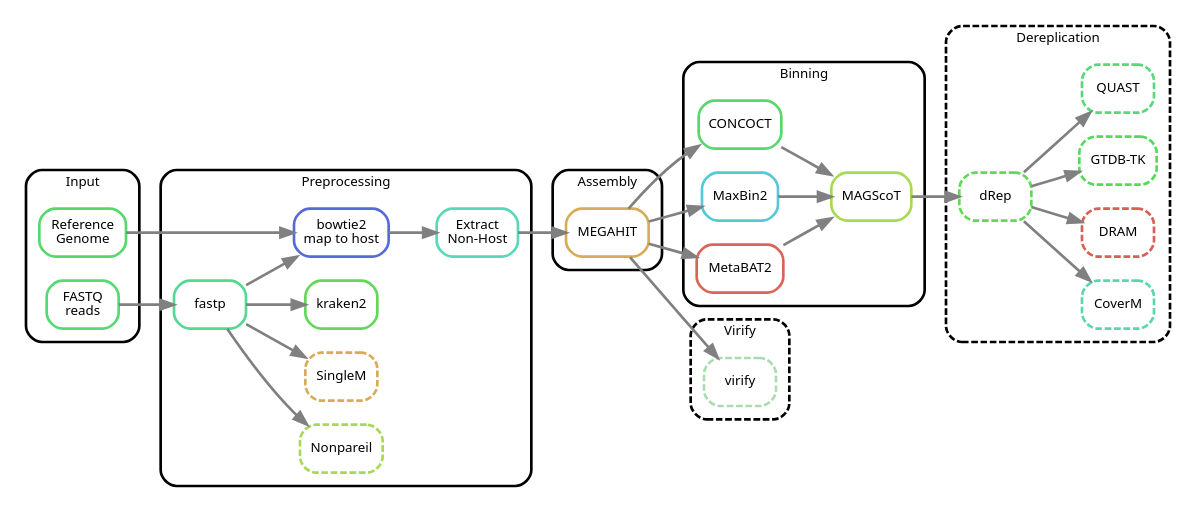
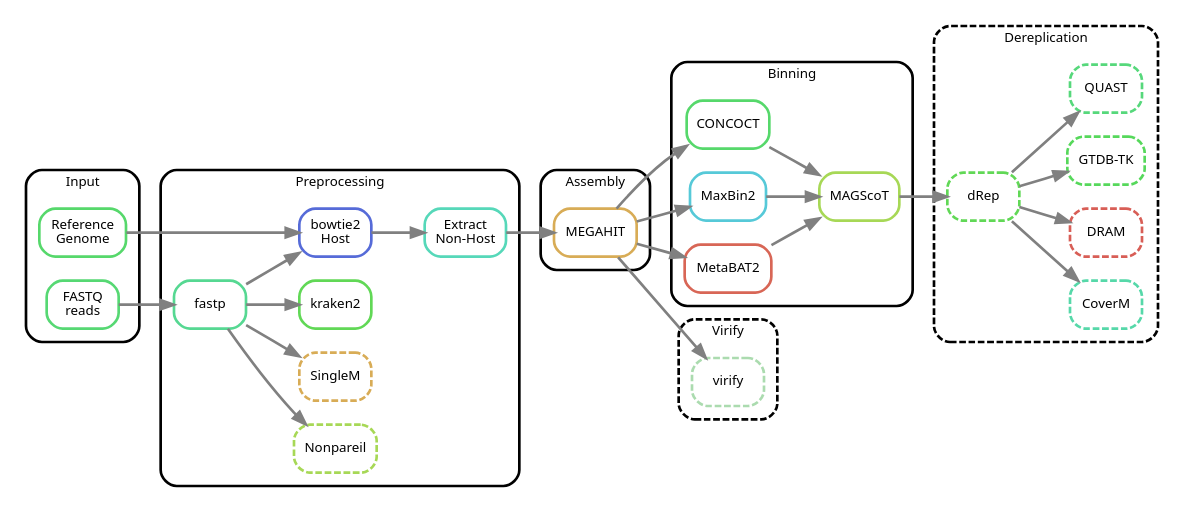
The diagram in rulegraph_simple.dot (3d-omics/mg_assembly), drawn with Graphviz before and after one commit. The commit also changed 1 other file, not shown here.

```diff
--- a/rulegraph_simple.dot
+++ b/rulegraph_simple.dot
@@ -1,84 +1,84 @@
 digraph snakemake_dag {
 	rankdir=LR;
     graph[bgcolor=white, margin=0, compound=true];
     node[shape=box, style=rounded, fontname=sans, fontsize=10, penwidth=2];
     edge[penwidth=2, color=grey];
 
     subgraph cluster_0 {
         label = "Input";
 		shape=box; style=rounded; fontname=sans; fontsize=10; penwidth=2; margin=10;
         reference [label = "Reference\nGenome", color = "0.36 0.6 0.85"];
     	fastq     [label = "FASTQ\nreads",      color = "0.37 0.6 0.85"];
     }
 
 	subgraph cluster_1 {
 		label = "Preprocessing";
 		shape=box; style=rounded; fontname=sans; fontsize=10; penwidth=2; margin=10;
+	    bowtie2   [label = "bowtie2\nHost", color = "0.64 0.6 0.85"];
 		extract   [label = "Extract\nNon-Host",    color = "0.46 0.6 0.85"];
-	    bowtie2   [label = "bowtie2\nmap to host", color = "0.64 0.6 0.85"];
 	    fastp     [label = "fastp",                color = "0.41 0.6 0.85"];
 	    nonpareil [label = "Nonpareil",            color = "0.23 0.6 0.85", style = "dashed,rounded"];
 	    singlem   [label = "SingleM",              color = "0.11 0.6 0.85", style = "dashed,rounded"];
 	    kraken2   [label = "kraken2",              color = "0.32 0.6 0.85"];
 	}
 
     reference -> bowtie2
     fastq     -> fastp
 
 	fastp   -> bowtie2
 	fastp   -> nonpareil
 	fastp   -> singlem
 	fastp   -> kraken2
 	bowtie2 -> extract
 	extract -> megahit
 
 	subgraph cluster_2 {
 		label = "Assembly";
 		shape=box; style=rounded; fontname=sans; fontsize=10; penwidth=2; margin=10;
 		megahit [label = "MEGAHIT", color = "0.11 0.6 0.85"];
 	}
 
 	megahit -> concoct
 	megahit -> maxbin2
 	megahit -> metabat2
 	megahit -> virify
 
 	subgraph cluster_3 {
 		label = "Binning";
 		shape=box; style=rounded; fontname=sans; fontsize=10; penwidth=2; margin="10,10";
 		concoct  [label = "CONCOCT",  color = "0.36 0.6 0.85"];
     	maxbin2  [label = "MaxBin2",  color = "0.52 0.6 0.85"];
 	    metabat2 [label = "MetaBAT2", color = "0.02 0.6 0.85"];
 		magscot  [label = "MAGScoT",  color = "0.23 0.6 0.85"];
 	}
 
 	metabat2 -> magscot
 	concoct  -> magscot
 	maxbin2  -> magscot
 	magscot  -> drep
 
 	subgraph cluster_4 {
 		label = "Dereplication";
 		shape=box; style="rounded,dashed"; fontname=sans; fontsize=10; penwidth=2; margin=10;
     	coverm [label = "CoverM",  color = "0.44 0.6 0.85", style = "dashed,rounded"];
 	    dram   [label = "DRAM",    color = "0.01 0.6 0.85", style = "dashed,rounded"];
 	    gtdbtk [label = "GTDB-TK", color = "0.34 0.6 0.85", style = "dashed,rounded"];
 	    drep   [label = "dRep",    color = "0.32 0.6 0.85", style = "dashed,rounded"];
     	quast  [label = "QUAST",   color = "0.38 0.6 0.85", style = "dashed,rounded"];
 	}
 
 	drep -> coverm
 	drep -> dram
 	drep -> gtdbtk
 	drep -> quast
 	subgraph cluster_5_space {
 		margin = 10;
 		style = invis;
 		subgraph cluster_5 {
 			label = "Virify";
 			shape=box; style="rounded,dashed"; fontname=sans; fontsize=10; penwidth=2; margin="10,10";
 			virify [label = "virify", color = "0.35 0.22 0.86", style = "dashed,rounded"];
 		}
 	}
 
 }
```
